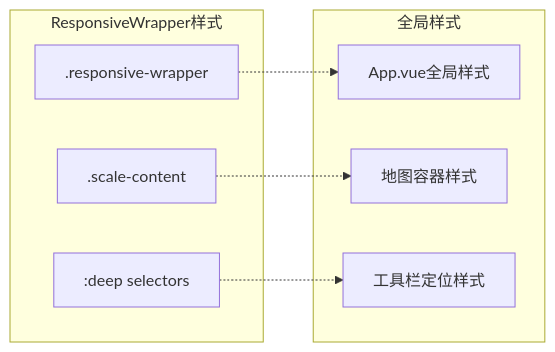
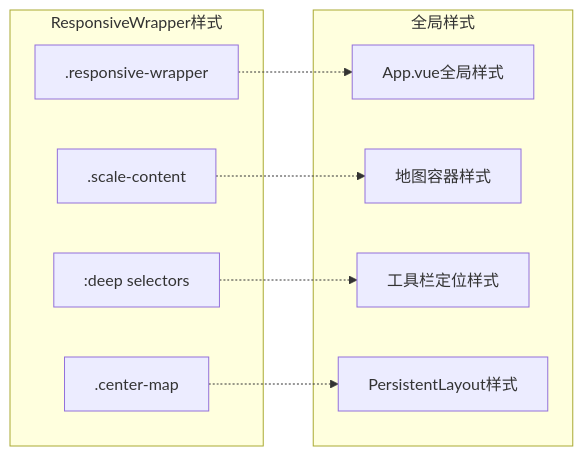
The seventh of 13 diagrams in .qoder/repowiki/zh/content/核心组件架构/响应式包装器.md (zhibo1997/government-dashboard), drawn with Mermaid before and after one commit. The commit also changed other lines of this file and 28 other files, not shown here.

````diff
--- a/.qoder/repowiki/zh/content/核心组件架构/响应式包装器.md
+++ b/.qoder/repowiki/zh/content/核心组件架构/响应式包装器.md
@@ -230,16 +268,19 @@
 ```mermaid
 graph LR
 subgraph "ResponsiveWrapper样式"
 A[.responsive-wrapper]
 B[.scale-content]
 C[:deep selectors]
+D[.center-map]
 end
 subgraph "全局样式"
-D[App.vue全局样式]
-E[地图容器样式]
-F[工具栏定位样式]
+E[App.vue全局样式]
+F[地图容器样式]
+G[工具栏定位样式]
+H[PersistentLayout样式]
 end
-A -.-> D
-B -.-> E
-C -.-> F
+A -.-> E
+B -.-> F
+C -.-> G
+D -.-> H
 ```
````
